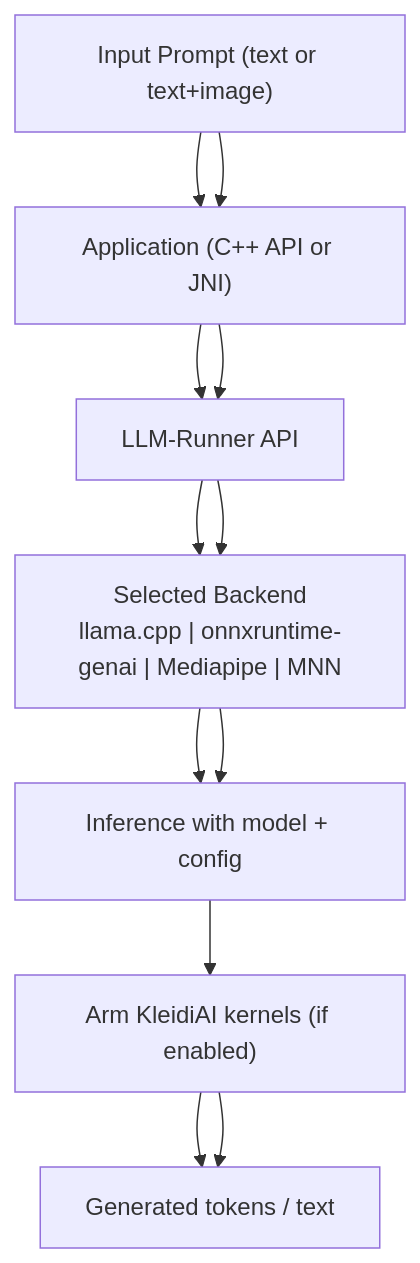
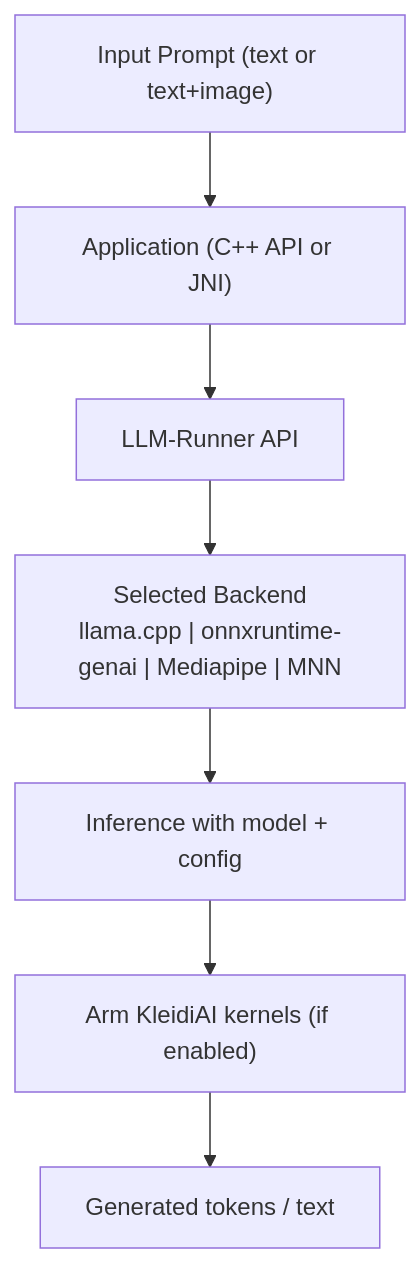
Before and after one commit to NinaARM/LLM-Runner: the diagram in docs/architecture.md, drawn with Mermaid.

Commit message:
remove second arrows

````diff
--- a/docs/architecture.md
+++ b/docs/architecture.md
@@ -17,22 +17,16 @@
 ```mermaid
 graph TD
     Prompt["Input Prompt (text or text+image)"]
     --> App["Application (C++ API or JNI)"]
 
     App --> LLMRunner["LLM-Runner API"]
 
     LLMRunner --> Backend["Selected Backend<br/>llama.cpp | onnxruntime-genai | Mediapipe | MNN"]
 
     Backend --> Inference["Inference with model + config"]
 
     Inference --> KleidiAI["Arm KleidiAI kernels (if enabled)"]
 
     KleidiAI --> Output["Generated tokens / text"]
 
-
-    Prompt --> App
-    App --> LLMRunner
-    LLMRunner --> Backend
-    Backend --> Inference
-    KleidiAI --> Output
 ```
````
